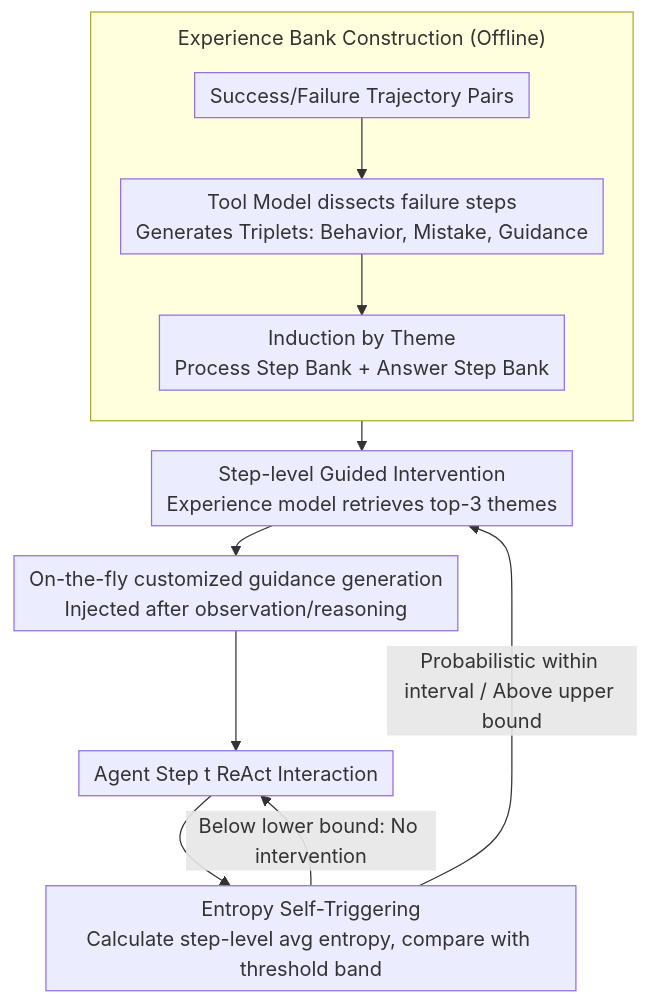
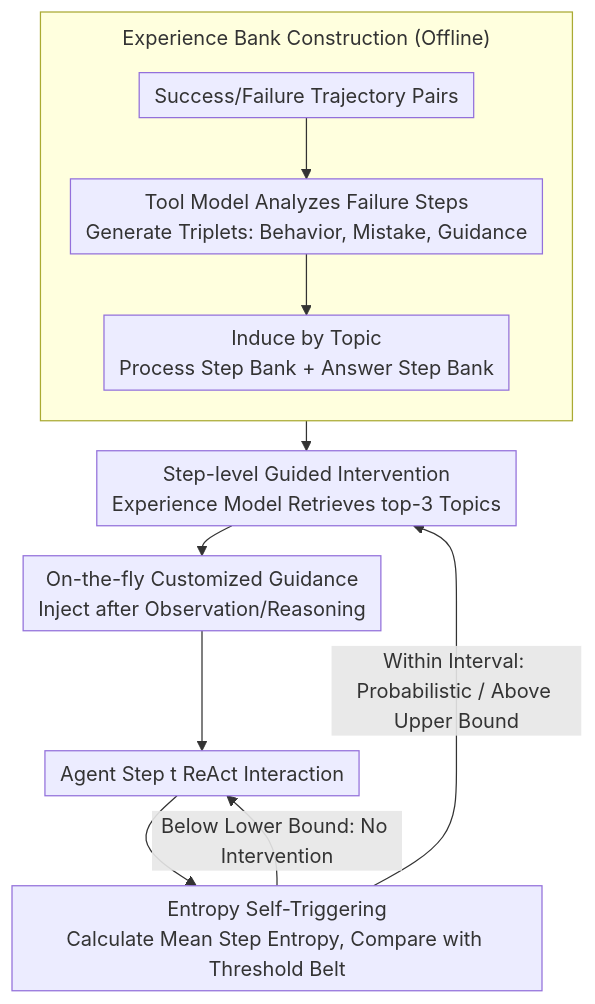
One commit to zhaoyang97/Paper-Notes-en changed the diagram in docs/ACL2026/llm_agent/expseek_self-triggered_experience_seeking_for_web_agents.md. Above: the diagram before and after it, drawn with Mermaid. The commit also changed other lines of this file and 5084 other files, not shown here.

````diff
--- a/docs/ACL2026/llm_agent/expseek_self-triggered_experience_seeking_for_web_agents.md
+++ b/docs/ACL2026/llm_agent/expseek_self-triggered_experience_seeking_for_web_agents.md
@@ -45,15 +45,15 @@
 ```mermaid
 %%{init: {'flowchart': {'rankSpacing': 24, 'nodeSpacing': 28, 'padding': 6, 'wrappingWidth': 400, 'subGraphTitleMargin': {'top': 8, 'bottom': 16}}}}%%
 flowchart TD
     subgraph LIB["Experience Bank Construction (Offline)"]
         direction TB
-        A["Success/Failure Trajectory Pairs"] --> B["Tool Model dissects failure steps<br/>Generates Triplets: Behavior, Mistake, Guidance"]
-        B --> C["Induction by Theme<br/>Process Step Bank + Answer Step Bank"]
+        A["Success/Failure Trajectory Pairs"] --> B["Tool Model Analyzes Failure Steps<br/>Generate Triplets: Behavior, Mistake, Guidance"]
+        B --> C["Induce by Topic<br/>Process Step Bank + Answer Step Bank"]
     end
-    D["Agent Step t ReAct Interaction"] --> E["Entropy Self-Triggering<br/>Calculate step-level avg entropy, compare with threshold band"]
-    E -->|"Below lower bound: No intervention"| D
-    E -->|"Probabilistic within interval / Above upper bound"| G["Step-level Guided Intervention<br/>Experience model retrieves top-3 themes"]
+    D["Agent Step t ReAct Interaction"] --> E["Entropy Self-Triggering<br/>Calculate Mean Step Entropy, Compare with Threshold Belt"]
+    E -->|"Below Lower Bound: No Intervention"| D
+    E -->|"Within Interval: Probabilistic / Above Upper Bound"| G["Step-level Guided Intervention<br/>Experience Model Retrieves top-3 Topics"]
     C --> G
-    G --> H["On-the-fly customized guidance generation<br/>Injected after observation/reasoning"]
+    G --> H["On-the-fly Customized Guidance<br/>Inject after Observation/Reasoning"]
     H --> D
 ```
````
